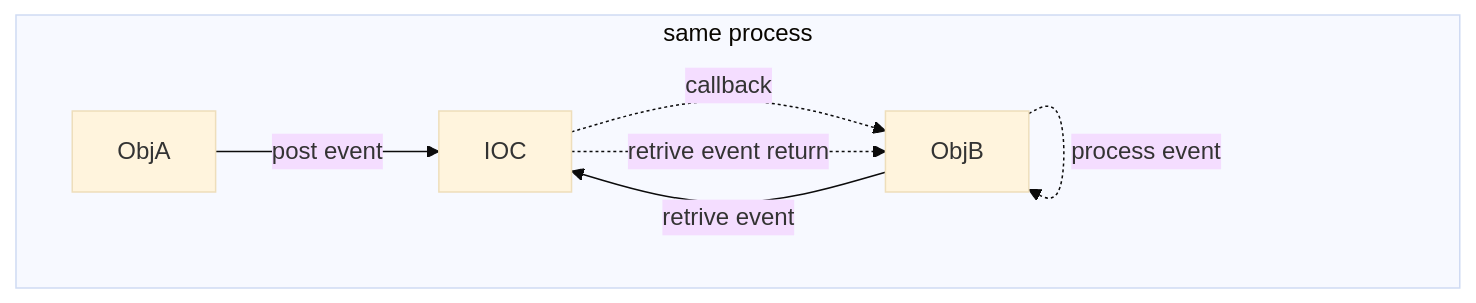
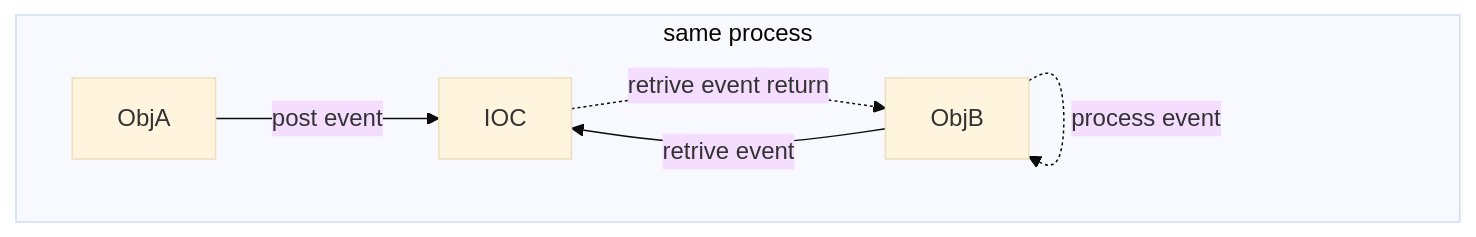
One commit to EnigmaWU/MyIOC_inTDD_withGHC changed the second of 5 diagrams in README_UseCase.md. Above: the diagram before and after it, drawn with Mermaid (base theme). The commit also changed other lines of this file, not shown here.

Commit message:
Update README_UseCase.md with ObjB event subscription and retrieval details

````diff
--- a/README_UseCase.md
+++ b/README_UseCase.md
@@ -10,10 +22,9 @@
 ```mermaid
 flowchart
 subgraph same process
     ObjA --> |post event| IOC
-    IOC -.-> |callback| ObjB
     ObjB --> |retrive event| IOC
     IOC -.-> |retrive event return| ObjB
     ObjB -.-> |process event| ObjB
 end
 ```
````
